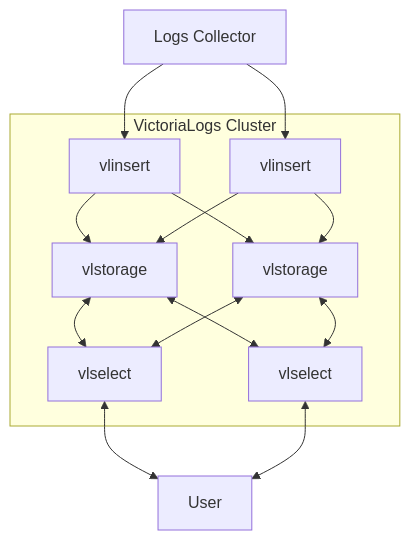
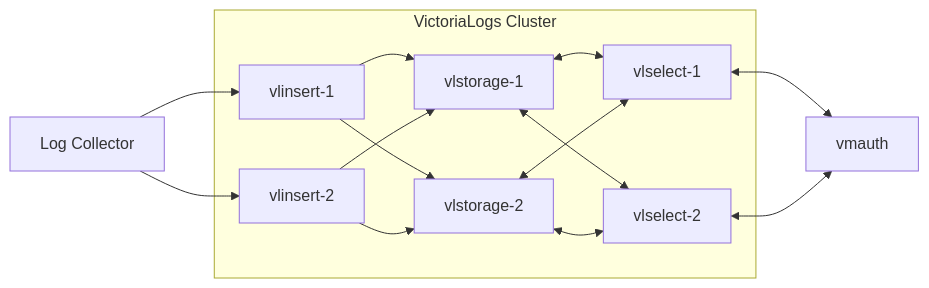
The second of 2 diagrams in cmd/mcp-victoriametrics/resources/vm/content/helm/victoria-logs-cluster/_index.md (VictoriaMetrics-Community/mcp-victoriametrics), drawn with Mermaid before and after one commit. The commit also changed other lines of this file and 143 other files, not shown here.

````diff
--- a/cmd/mcp-victoriametrics/resources/vm/content/helm/victoria-logs-cluster/_index.md
+++ b/cmd/mcp-victoriametrics/resources/vm/content/helm/victoria-logs-cluster/_index.md
@@ -52,9 +115,20 @@
 ```mermaid
-graph TB
-  collector["Logs Collector"] --> vlinsert1["vlinsert"] & vlinsert2["vlinsert"]
-  subgraph VictoriaLogs Cluster
-  vlinsert1["vlinsert"] & vlinsert2["vlinsert"] --> vlstorage1["vlstorage"] & vlstorage2["vlstorage"]
-  vlstorage1["vlstorage"] & vlstorage2["vlstorage"] <--> vlselect1["vlselect"] & vlselect2["vlselect"]
-  end
-  vlselect1["vlselect"] & vlselect2["vlselect"] <--> user["User"]
+graph LR
+    Vector["Log Collector"] --> VLI1["vlinsert-1"]
+    Vector --> VLI2["vlinsert-2"]
+   
+    subgraph "VictoriaLogs Cluster"
+        VLI1 --> VLS1["vlstorage-1"]
+        VLI1 --> VLS2["vlstorage-2"]
+        VLI2 --> VLS1
+        VLI2 --> VLS2
+       
+        VLS1 <--> VLQ1["vlselect-1"]
+        VLS1 <--> VLQ2["vlselect-2"]
+        VLS2 <--> VLQ1
+        VLS2 <--> VLQ2
+    end
+   
+    VLQ1 <--> Users["vmauth"]
+    VLQ2 <--> Users
 ```
````
